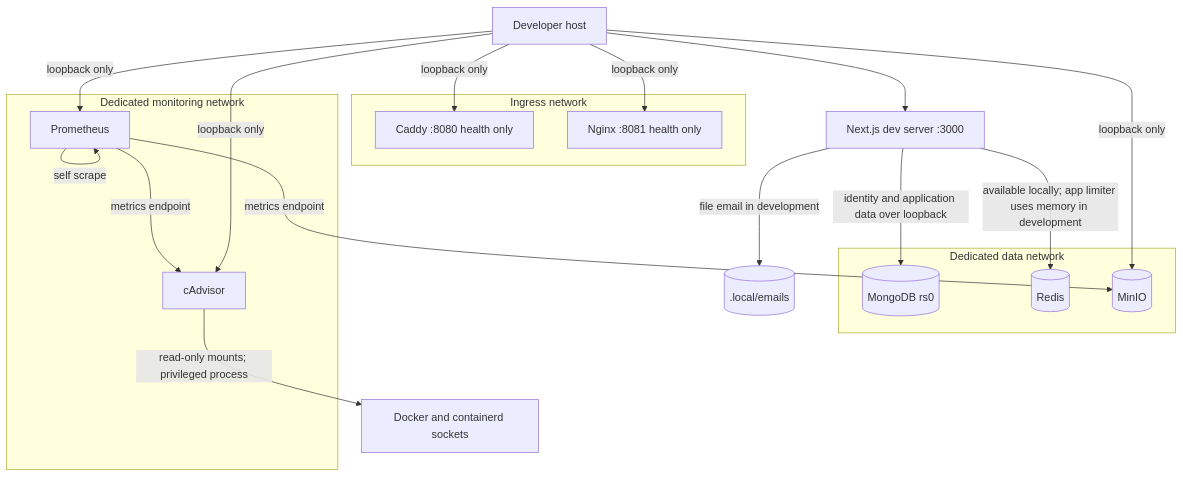
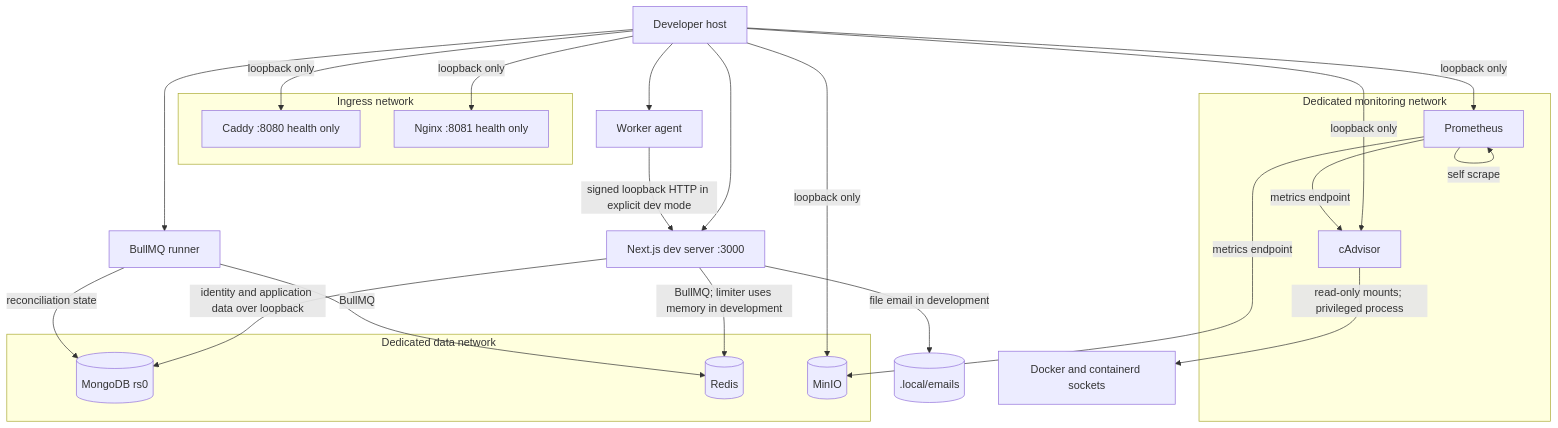
Before and after one commit to wasmake/dastack: the third of 3 diagrams in docs/architecture.md, drawn with Mermaid. The commit also changed other lines of this file and 128 other files, not shown here.

````diff
--- a/docs/architecture.md
+++ b/docs/architecture.md
@@ -66,36 +70,43 @@
 ```mermaid
 flowchart TB
     Host[Developer host]
     App[Next.js dev server :3000]
+    Agent[Worker agent]
+    Runner[BullMQ runner]
     DevEmail[(.local/emails)]
 
     subgraph Ingress[Ingress network]
         Caddy[Caddy :8080 health only]
         Nginx[Nginx :8081 health only]
     end
 
     subgraph Data[Dedicated data network]
         Mongo[(MongoDB rs0)]
         Redis[(Redis)]
         MinIO[(MinIO)]
     end
 
     subgraph Monitoring[Dedicated monitoring network]
         Prom[Prometheus]
         cAdvisor[cAdvisor]
     end
 
     Host --> App
+    Host --> Agent
+    Host --> Runner
+    Agent -->|signed loopback HTTP in explicit dev mode| App
     App -->|identity and application data over loopback| Mongo
-    App -->|available locally; app limiter uses memory in development| Redis
+    App -->|BullMQ; limiter uses memory in development| Redis
+    Runner -->|BullMQ| Redis
+    Runner -->|reconciliation state| Mongo
     App -->|file email in development| DevEmail
     Host -->|loopback only| Caddy
     Host -->|loopback only| Nginx
     Host -->|loopback only| MinIO
     Host -->|loopback only| Prom
     Host -->|loopback only| cAdvisor
     Prom -->|metrics endpoint| MinIO
     Prom -->|metrics endpoint| cAdvisor
     Prom -->|self scrape| Prom
     cAdvisor -->|read-only mounts; privileged process| Socket[Docker and containerd sockets]
 ```
````
